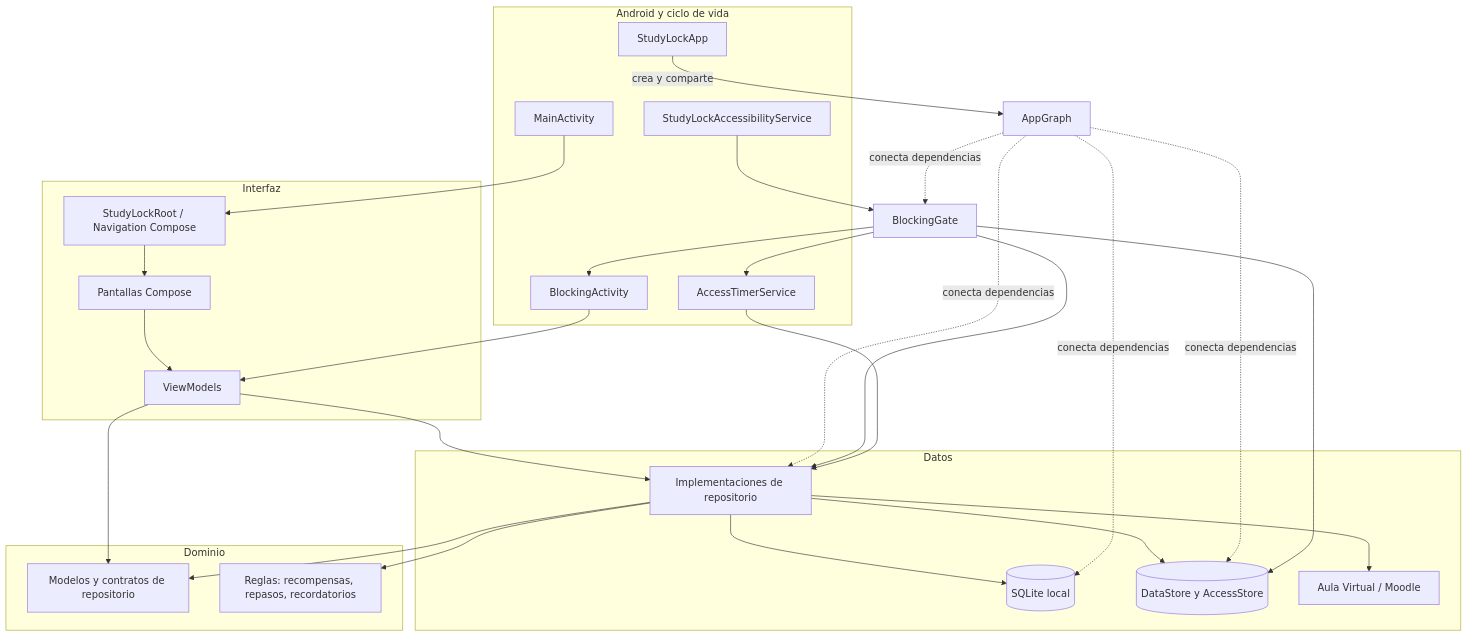
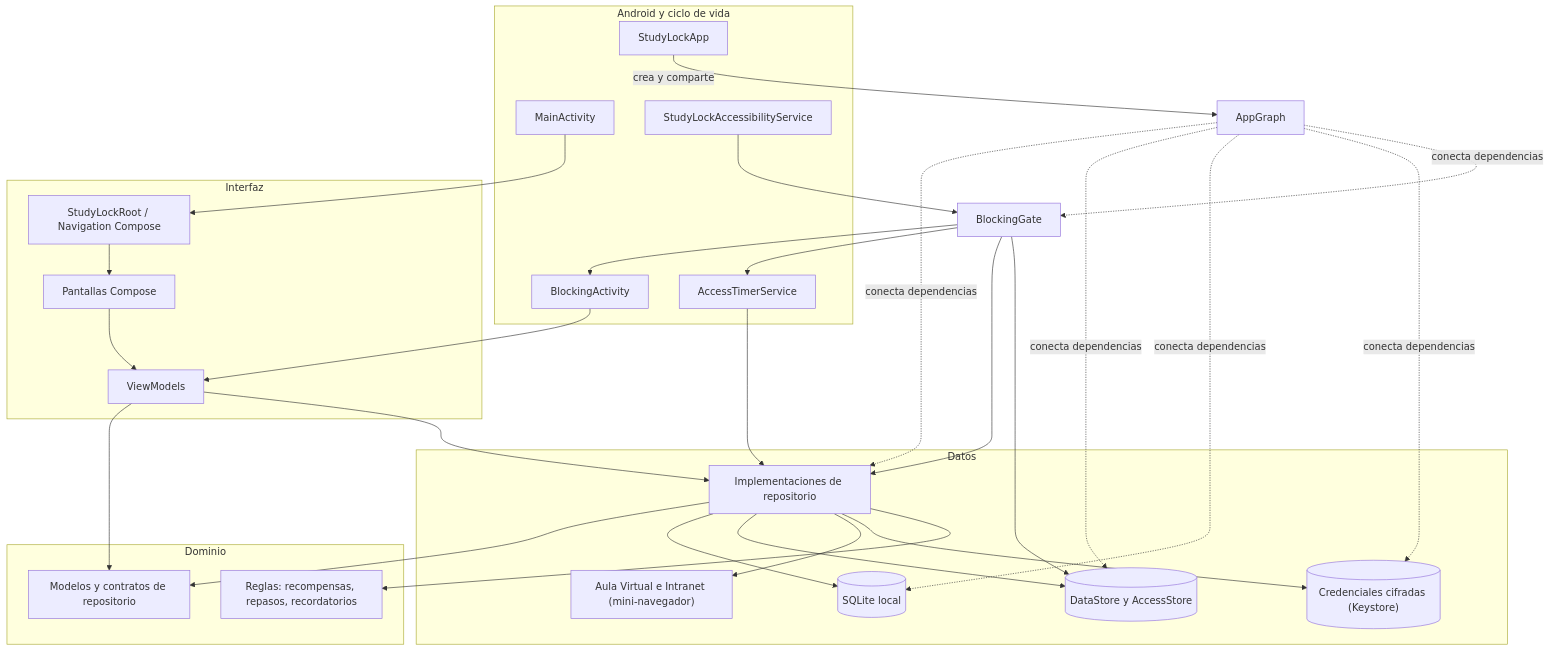
The first of 3 diagrams in README.md (Focusergon/StudyLock), drawn with Mermaid before and after one commit. The commit also changed other lines of this file and 28 other files, not shown here.

First line of the commit message:
feat(accounts): cuentas UNJBG con mini-navegador para login y arbol de contenido

````diff
--- a/README.md
+++ b/README.md
@@ -293,51 +302,54 @@
 ```mermaid
 flowchart TB
     subgraph Android["Android y ciclo de vida"]
         App["StudyLockApp"]
         Main["MainActivity"]
         A11y["StudyLockAccessibilityService"]
         Block["BlockingActivity"]
         Timer["AccessTimerService"]
     end
 
     subgraph UI["Interfaz"]
         Nav["StudyLockRoot / Navigation Compose"]
         Screens["Pantallas Compose"]
         VMs["ViewModels"]
     end
 
     subgraph Domain["Dominio"]
         Models["Modelos y contratos de repositorio"]
         Rules["Reglas: recompensas, repasos, recordatorios"]
     end
 
     subgraph Data["Datos"]
         Repos["Implementaciones de repositorio"]
         DB[("SQLite local")]
         Prefs[("DataStore y AccessStore")]
-        Moodle["Aula Virtual / Moodle"]
+        Web["Aula Virtual e Intranet (mini-navegador)"]
+        Secure[("Credenciales cifradas (Keystore)")]
     end
 
     App -->|"crea y comparte"| Graph["AppGraph"]
     Main --> Nav
     Nav --> Screens
     Screens --> VMs
     VMs --> Models
     VMs --> Repos
     Repos --> Models
     Repos --> DB
     Repos --> Prefs
-    Repos --> Moodle
+    Repos --> Web
+    Repos --> Secure
     Repos --> Rules
     Graph -. "conecta dependencias" .-> Repos
     Graph -. "conecta dependencias" .-> Prefs
     Graph -. "conecta dependencias" .-> DB
+    Graph -. "conecta dependencias" .-> Secure
     A11y --> Gate["BlockingGate"]
     Gate --> Repos
     Gate --> Prefs
     Gate --> Block
     Gate --> Timer
     Block --> VMs
     Timer --> Repos
     Graph -. "conecta dependencias" .-> Gate
 ```
````
